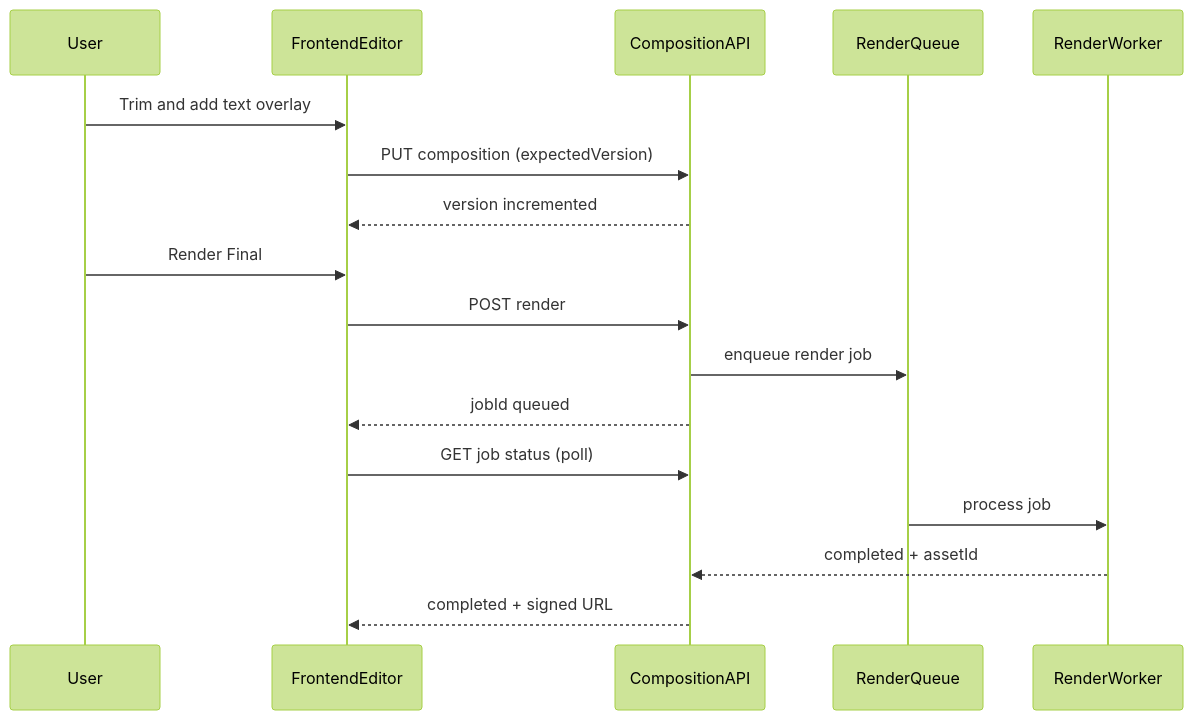
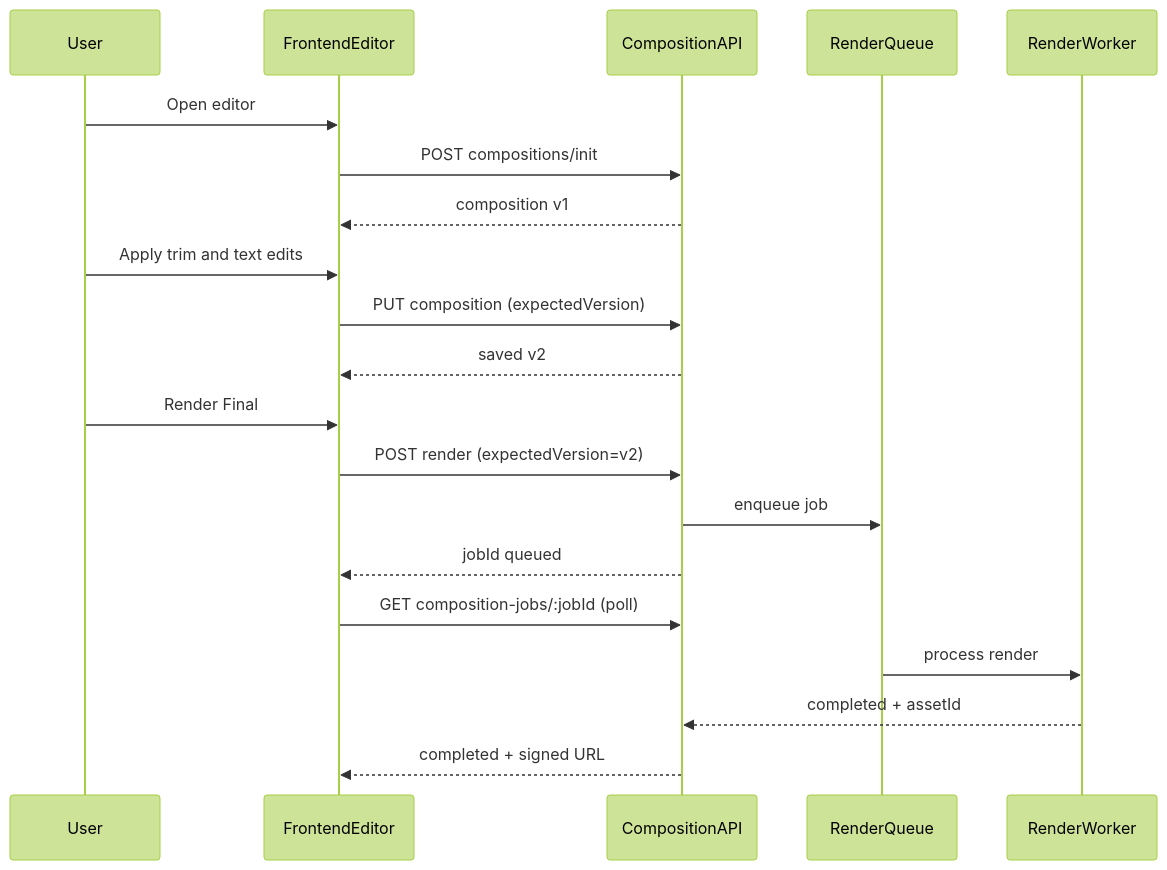
Before and after one commit to KennethAtchon/ContentAI: the first of 2 diagrams in docs/specs/phase5/PHASE5_API_AND_FLOW_CONTRACTS.md, drawn with Mermaid (forest theme). The commit also changed other lines of this file and 37 other files, not shown here.

First line of the commit message:
feat: Introduce reel_composition table and related schemas for video composition management

````diff
--- a/docs/specs/phase5/PHASE5_API_AND_FLOW_CONTRACTS.md
+++ b/docs/specs/phase5/PHASE5_API_AND_FLOW_CONTRACTS.md
@@ -266,20 +390,23 @@
 ```mermaid
 sequenceDiagram
     participant U as User
     participant FE as FrontendEditor
     participant API as CompositionAPI
-    participant RQ as RenderQueue
-    participant WK as RenderWorker
+    participant Q as RenderQueue
+    participant W as RenderWorker
 
-    U->>FE: Trim and add text overlay
+    U->>FE: Open editor
+    FE->>API: POST compositions/init
+    API-->>FE: composition v1
+    U->>FE: Apply trim and text edits
     FE->>API: PUT composition (expectedVersion)
-    API-->>FE: version incremented
+    API-->>FE: saved v2
     U->>FE: Render Final
-    FE->>API: POST render
-    API->>RQ: enqueue render job
+    FE->>API: POST render (expectedVersion=v2)
+    API->>Q: enqueue job
     API-->>FE: jobId queued
-    FE->>API: GET job status (poll)
-    RQ->>WK: process job
-    WK-->>API: completed + assetId
+    FE->>API: GET composition-jobs/:jobId (poll)
+    Q->>W: process render
+    W-->>API: completed + assetId
     API-->>FE: completed + signed URL
 ```
````
